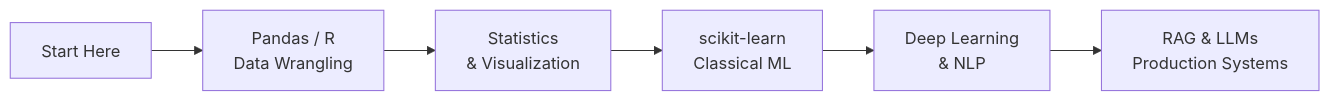
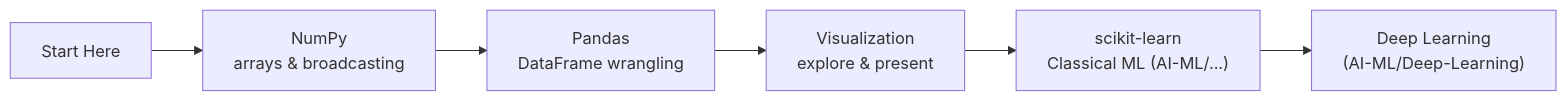
One commit to Saboor-Hamedi/lumina-notes changed the second of 2 diagrams in Data-Science/_MOC.md. Above: the diagram before and after it, drawn with Mermaid. The commit also changed other lines of this file and 160 other files, not shown here.

Commit message:
Data-Science restructure: Pandas/NumPy/Visualization folders, MOC intros across all 22 domains, TOC completeness fixes, sibling Links on 106 files, expanded RAG/Deep-Learning notes

````diff
--- a/Data-Science/_MOC.md
+++ b/Data-Science/_MOC.md
@@ -69,8 +36,8 @@
 ```mermaid
 graph LR
-    BEGIN["Start Here"] --> P1["Pandas / R<br/>Data Wrangling"]
-    P1 --> P2["Statistics<br/>& Visualization"]
-    P2 --> P3["scikit-learn<br/>Classical ML"]
-    P3 --> P4["Deep Learning<br/>& NLP"]
-    P4 --> P5["RAG & LLMs<br/>Production Systems"]
+    BEGIN["Start Here"] --> NP["NumPy<br/>arrays & broadcasting"]
+    NP --> PD["Pandas<br/>DataFrame wrangling"]
+    PD --> VZ["Visualization<br/>explore & present"]
+    VZ --> SKL["scikit-learn<br/>Classical ML (AI-ML/...)"]
+    SKL --> DL["Deep Learning<br/>(AI-ML/Deep-Learning)"]
 ```
````
